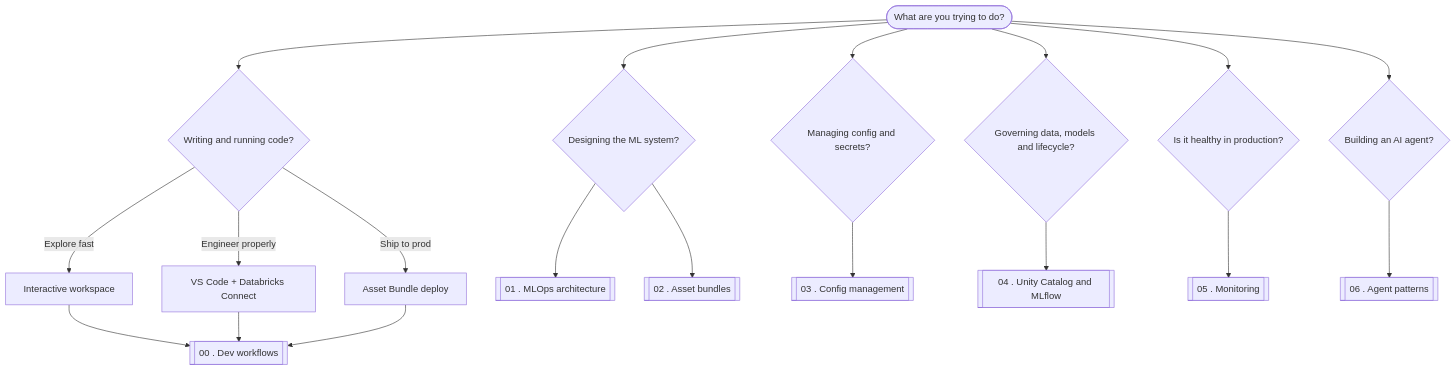
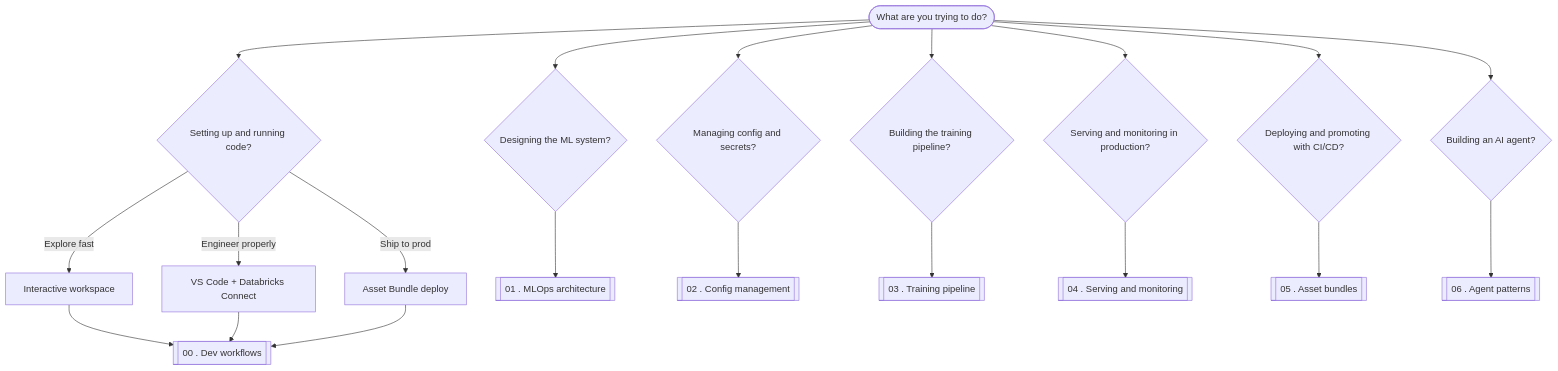
Before and after one commit to NPearson92/Databricks-mlops-blueprint: the diagram in README.md, drawn with Mermaid. The commit also changed other lines of this file and 17 other files, not shown here.

First line of the commit message:
4 add mlflow architecture detail (#6)

````diff
--- a/README.md
+++ b/README.md
@@ -15,29 +17,31 @@
 ```mermaid
 flowchart TD
     Start([What are you trying to do?])
 
-    Start --> Dev{Writing and running code?}
+    Start --> Dev{Setting up and running code?}
     Dev -->|Explore fast| WS[Interactive workspace]
     Dev -->|Engineer properly| IDE[VS Code + Databricks Connect]
     Dev -->|Ship to prod| DAB[Asset Bundle deploy]
     WS --> NB00
     IDE --> NB00
     DAB --> NB00
     NB00[["00 . Dev workflows"]]
 
     Start --> Arch{Designing the ML system?}
     Arch --> NB01[["01 . MLOps architecture"]]
-    Arch --> NB02[["02 . Asset bundles"]]
 
     Start --> Cfg{Managing config and secrets?}
-    Cfg --> NB03[["03 . Config management"]]
+    Cfg --> NB02[["02 . Config management"]]
 
-    Start --> Gov{Governing data, models and lifecycle?}
-    Gov --> NB04[["04 . Unity Catalog and MLflow"]]
+    Start --> Train{Building the training pipeline?}
+    Train --> NB03[["03 . Training pipeline"]]
 
-    Start --> Mon{Is it healthy in production?}
-    Mon --> NB05[["05 . Monitoring"]]
+    Start --> Mon{Serving and monitoring in production?}
+    Mon --> NB04[["04 . Serving and monitoring"]]
+
+    Start --> Dep{Deploying and promoting with CI/CD?}
+    Dep --> NB05[["05 . Asset bundles"]]
 
     Start --> Ag{Building an AI agent?}
     Ag --> NB06[["06 . Agent patterns"]]
 ```
````
